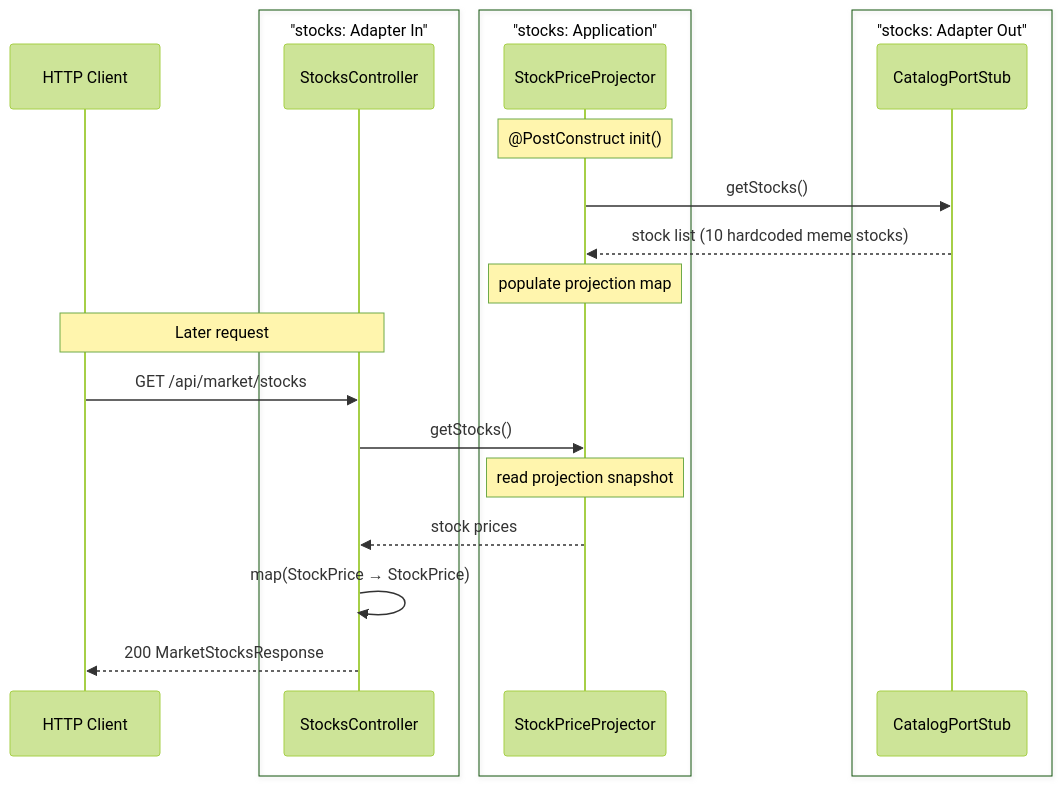
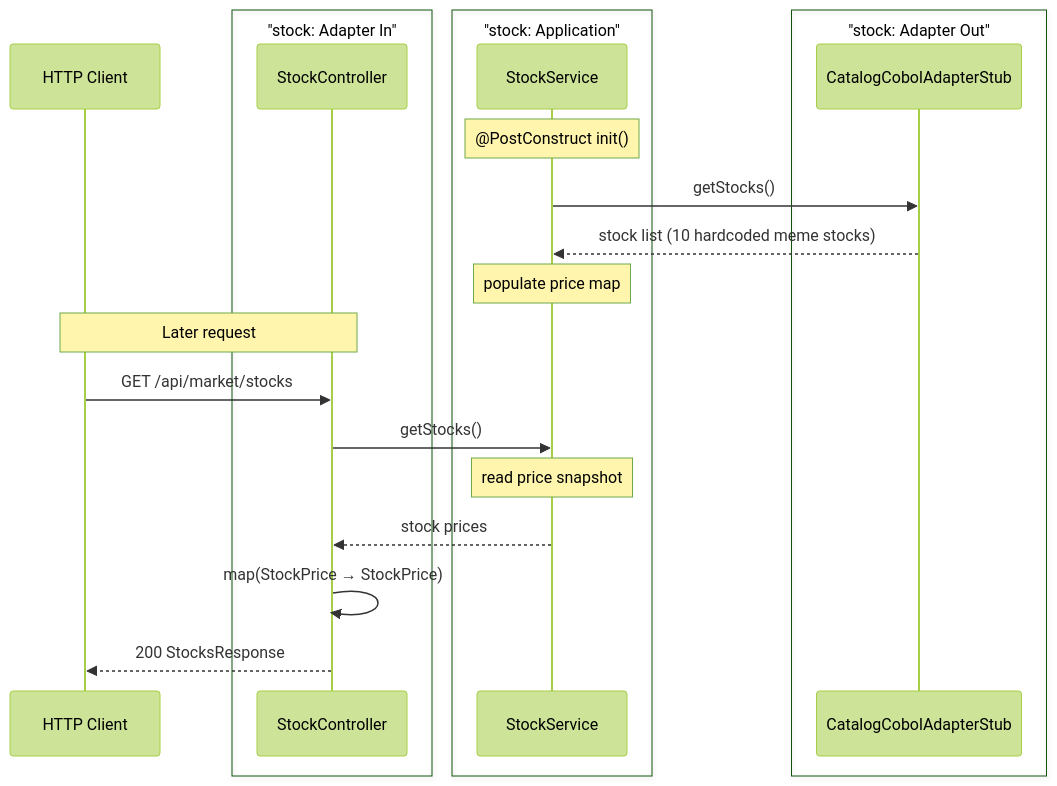
Before and after one commit to franBec/stonks-simulator: the fifth of 7 diagrams in stonks_java/README.md, drawn with Mermaid (forest theme). The commit also changed other lines of this file and 86 other files, not shown here.

````diff
--- a/stonks_java/README.md
+++ b/stonks_java/README.md
@@ -156,26 +152,26 @@
 ```mermaid
 sequenceDiagram
     participant Client as HTTP Client
-    box "stocks: Adapter In"
-    participant SC as StocksController
+    box "stock: Adapter In"
+    participant SC as StockController
     end
-    box "stocks: Application"
-    participant SPP as StockPriceProjector
+    box "stock: Application"
+    participant SS as StockService
     end
-    box "stocks: Adapter Out"
-    participant CPS as CatalogPortStub
+    box "stock: Adapter Out"
+    participant CPS as CatalogCobolAdapterStub
     end
 
-    Note over SPP: @PostConstruct init()
-    SPP->>CPS: getStocks()
-    CPS-->>SPP: stock list (10 hardcoded meme stocks)
-    Note over SPP: populate projection map
+    Note over SS: @PostConstruct init()
+    SS->>CPS: getStocks()
+    CPS-->>SS: stock list (10 hardcoded meme stocks)
+    Note over SS: populate price map
 
     Note over Client,SC: Later request
     Client->>SC: GET /api/market/stocks
-    SC->>SPP: getStocks()
-    Note over SPP: read projection snapshot
-    SPP-->>SC: stock prices
+    SC->>SS: getStocks()
+    Note over SS: read price snapshot
+    SS-->>SC: stock prices
     SC->>SC: map(StockPrice → StockPrice)
-    SC-->>Client: 200 MarketStocksResponse
+    SC-->>Client: 200 StocksResponse
 ```
````
